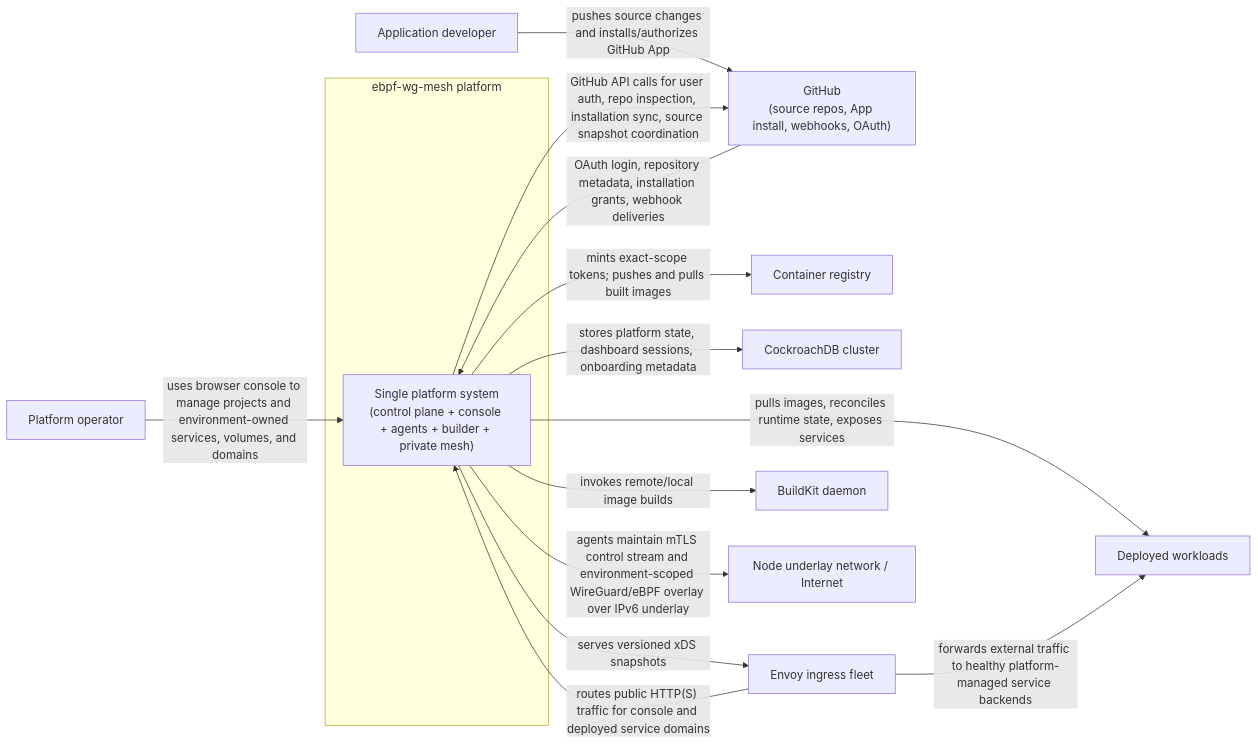
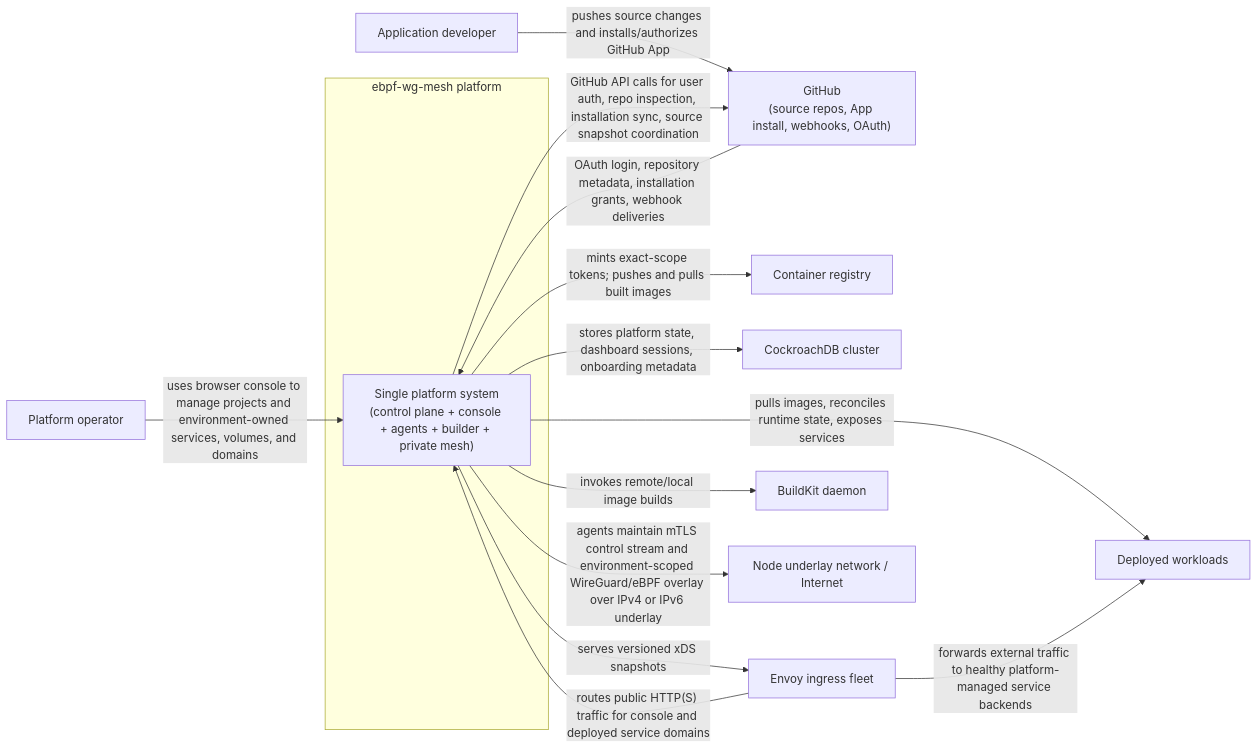
Before and after one commit to jklq/ebpf-wg-mesh: the diagram in docs/c4-system-context.md, drawn with Mermaid. The commit also changed 35 other files, not shown here.

````diff
--- a/docs/c4-system-context.md
+++ b/docs/c4-system-context.md
@@ -10,29 +10,29 @@
 ```mermaid
 flowchart LR
     operator["Platform operator"]
     developer["Application developer"]
     github["GitHub\n(source repos, App install, webhooks, OAuth)"]
     registry["Container registry"]
     cockroach["CockroachDB cluster"]
     envoy["Envoy ingress fleet"]
     buildkit["BuildKit daemon"]
     underlay["Node underlay network / Internet"]
     workloads["Deployed workloads"]
 
     subgraph system["ebpf-wg-mesh platform"]
         platform["Single platform system\n(control plane + console + agents + builder + private mesh)"]
     end
 
     operator -->|"uses browser console to manage projects and environment-owned services, volumes, and domains"| platform
     developer -->|"pushes source changes and installs/authorizes GitHub App"| github
     github -->|"OAuth login, repository metadata, installation grants, webhook deliveries"| platform
     platform -->|"GitHub API calls for user auth, repo inspection, installation sync, source snapshot coordination"| github
     platform -->|"stores platform state, dashboard sessions, onboarding metadata"| cockroach
     platform -->|"serves versioned xDS snapshots"| envoy
     envoy -->|"routes public HTTP(S) traffic for console and deployed service domains"| platform
     platform -->|"mints exact-scope tokens; pushes and pulls built images"| registry
     platform -->|"invokes remote/local image builds"| buildkit
-    platform -->|"agents maintain mTLS control stream and environment-scoped WireGuard/eBPF overlay over IPv6 underlay"| underlay
+    platform -->|"agents maintain mTLS control stream and environment-scoped WireGuard/eBPF overlay over IPv4 or IPv6 underlay"| underlay
     platform -->|"pulls images, reconciles runtime state, exposes services"| workloads
     envoy -->|"forwards external traffic to healthy platform-managed service backends"| workloads
 ```
````
